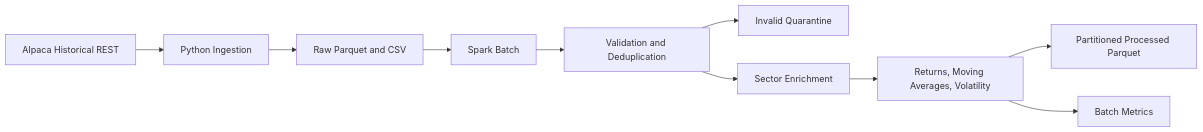
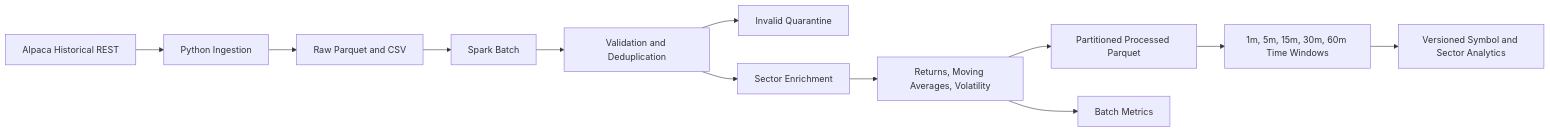
One commit to 1211882/LABGDD changed the second of 4 diagrams in README.md. Above: the diagram before and after it, drawn with Mermaid. The commit also changed other lines of this file and 9999 other files, not shown here.

````diff
--- a/README.md
+++ b/README.md
@@ -54,12 +70,14 @@
 ```mermaid
 flowchart LR
     REST[Alpaca Historical REST] --> ING[Python Ingestion]
     ING --> RAW[Raw Parquet and CSV]
     RAW --> SPARK[Spark Batch]
     SPARK --> VALID[Validation and Deduplication]
     VALID --> QUAR[Invalid Quarantine]
     VALID --> ENRICH[Sector Enrichment]
     ENRICH --> FEATURES[Returns, Moving Averages, Volatility]
     FEATURES --> OUT[Partitioned Processed Parquet]
     FEATURES --> METRICS[Batch Metrics]
+    OUT --> WINDOWS[1m, 5m, 15m, 30m, 60m Time Windows]
+    WINDOWS --> ANALYTICS[Versioned Symbol and Sector Analytics]
 ```
````
